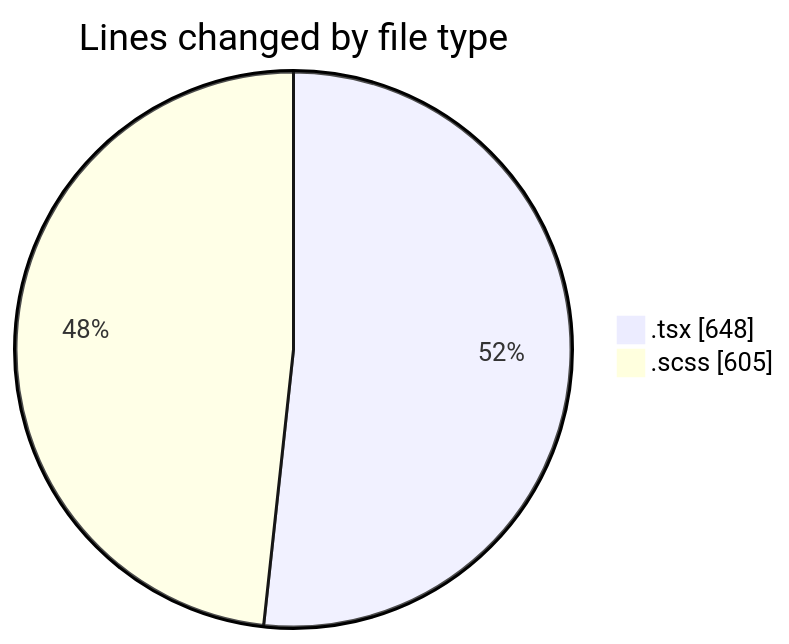
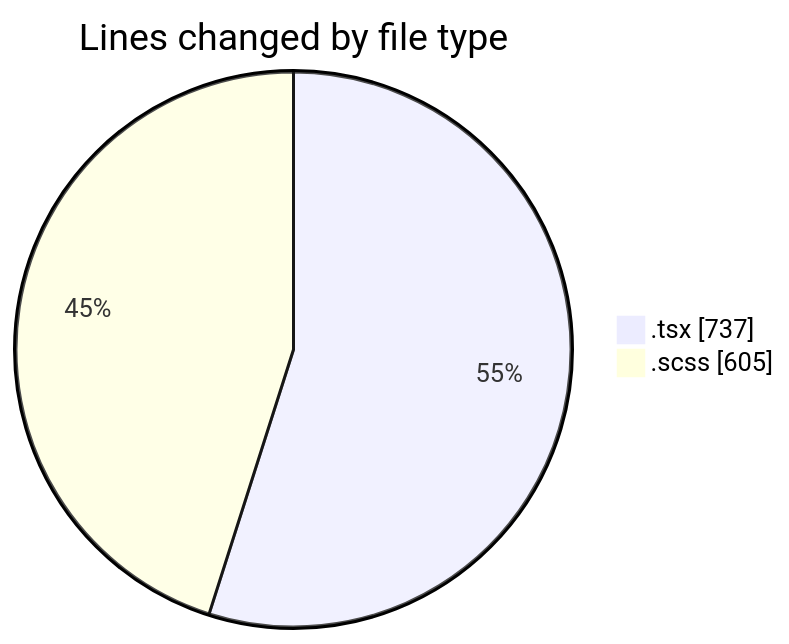
Before and after one commit to momahboobian/code-tracking: the first of 2 diagrams in 2025-03-27/cda/README.md, drawn with Mermaid. The commit also changed other lines of this file and 1 other file, not shown here.

````diff
--- a/2025-03-27/cda/README.md
+++ b/2025-03-27/cda/README.md
@@ -21,6 +22,6 @@
 ```mermaid
 pie showData
 title Lines changed by file type
-".tsx" : 648
+".tsx" : 737
 ".scss" : 605
 ```
````
